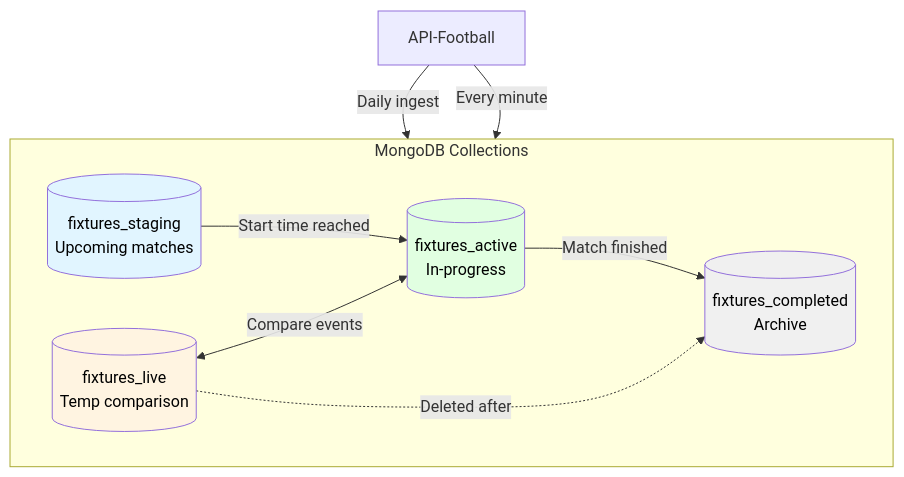
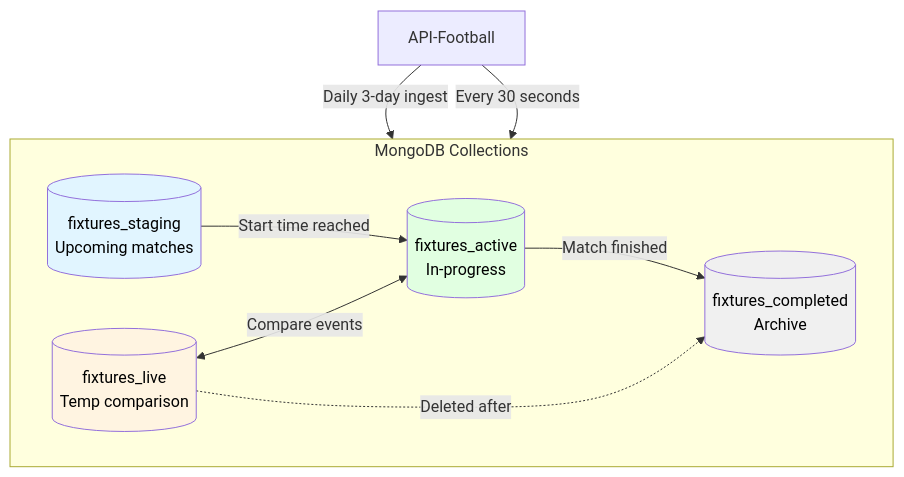
Before and after one commit to vedantadhobley/found-footy: the third of 15 diagrams in README.md, drawn with Mermaid. The commit also changed other lines of this file and 4 other files, not shown here.

````diff
--- a/README.md
+++ b/README.md
@@ -115,22 +116,22 @@
 ```mermaid
 flowchart TB
     subgraph COLLECTIONS["MongoDB Collections"]
         direction LR
         STAGING[(fixtures_staging<br/>Upcoming matches)]
         LIVE[(fixtures_live<br/>Temp comparison)]
         ACTIVE[(fixtures_active<br/>In-progress)]
         COMPLETED[(fixtures_completed<br/>Archive)]
     end
     
-    API[API-Football] -->|Daily ingest| STAGING
+    API[API-Football] -->|Daily 3-day ingest| STAGING
     STAGING -->|Start time reached| ACTIVE
-    API -->|Every minute| LIVE
+    API -->|Every 30 seconds| LIVE
     LIVE <-->|Compare events| ACTIVE
     ACTIVE -->|Match finished| COMPLETED
     LIVE -.->|Deleted after| COMPLETED
     
     style STAGING fill:#e1f5ff,color:#000
     style LIVE fill:#fff4e1,color:#000
     style ACTIVE fill:#e1ffe1,color:#000
     style COMPLETED fill:#f0f0f0,color:#000
 ```
````
